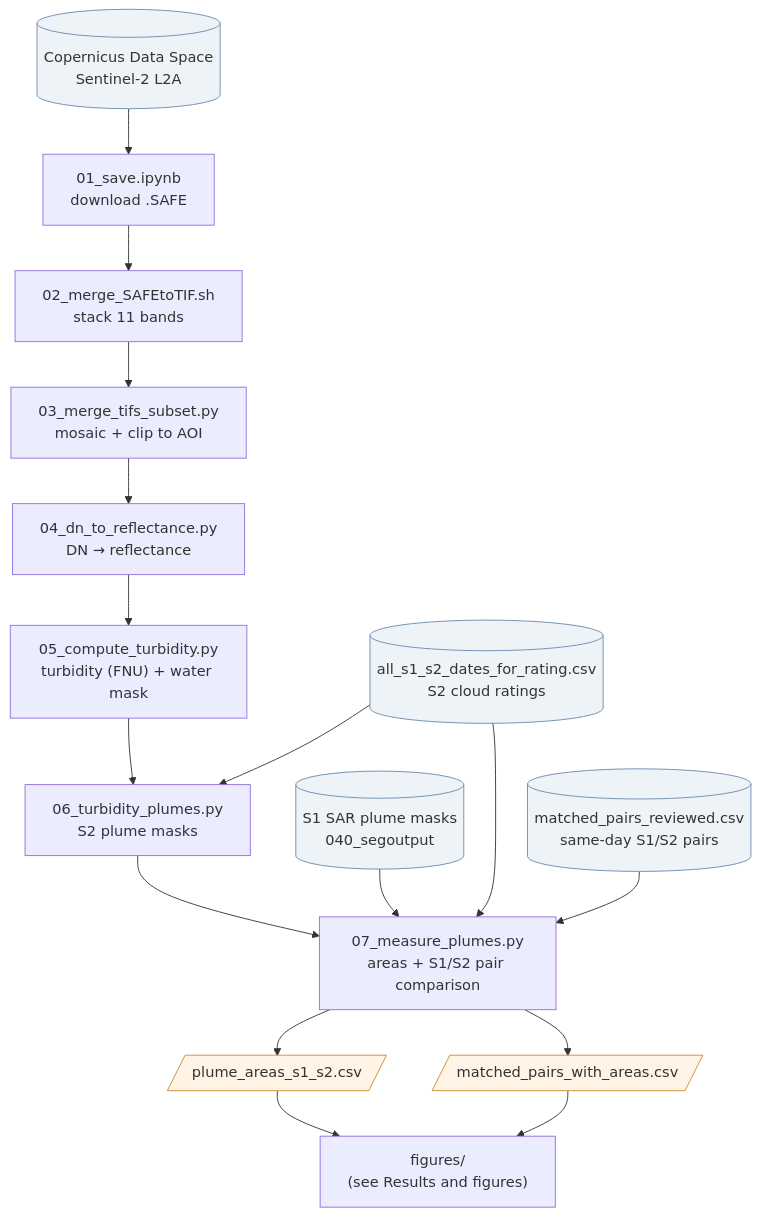
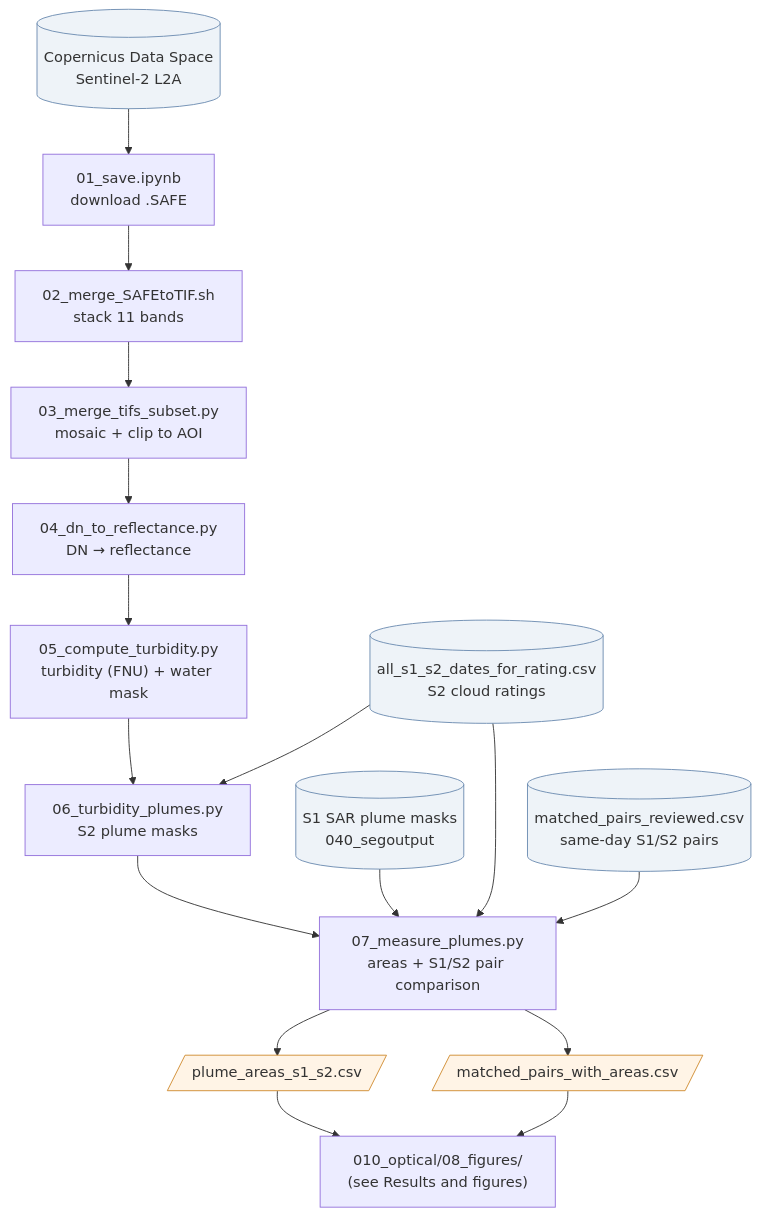
The first of 3 diagrams in README.md (erinreilly1234/s2_workflow), drawn with Mermaid before and after one commit. The commit also changed other lines of this file and 12 other files, not shown here.

First line of the commit message:
Move figure scripts to 010_optical/08_figures; step 07 writes to 07_plume_measurements

````diff
--- a/README.md
+++ b/README.md
@@ -15,23 +15,23 @@
 ```mermaid
 flowchart TD
     cdse[("Copernicus Data Space<br/>Sentinel-2 L2A")] --> s01["01_save.ipynb<br/>download .SAFE"]
     s01 --> s02["02_merge_SAFEtoTIF.sh<br/>stack 11 bands"]
     s02 --> s03["03_merge_tifs_subset.py<br/>mosaic + clip to AOI"]
     s03 --> s04["04_dn_to_reflectance.py<br/>DN → reflectance"]
     s04 --> s05["05_compute_turbidity.py<br/>turbidity (FNU) + water mask"]
     s05 --> s06["06_turbidity_plumes.py<br/>S2 plume masks"]
     ratings[("all_s1_s2_dates_for_rating.csv<br/>S2 cloud ratings")] --> s06
     s06 --> s07["07_measure_plumes.py<br/>areas + S1/S2 pair comparison"]
     s1[("S1 SAR plume masks<br/>040_segoutput")] --> s07
     ratings --> s07
     pairs[("matched_pairs_reviewed.csv<br/>same-day S1/S2 pairs")] --> s07
     s07 --> areas[/"plume_areas_s1_s2.csv"/]
     s07 --> matched[/"matched_pairs_with_areas.csv"/]
-    areas --> figs["figures/<br/>(see Results and figures)"]
+    areas --> figs["010_optical/08_figures/<br/>(see Results and figures)"]
     matched --> figs
 
     classDef data fill:#eef3f8,stroke:#6b8bb0;
     classDef out fill:#fff4e6,stroke:#d08a2e;
     class cdse,ratings,s1,pairs data;
     class areas,matched out;
 ```
````
